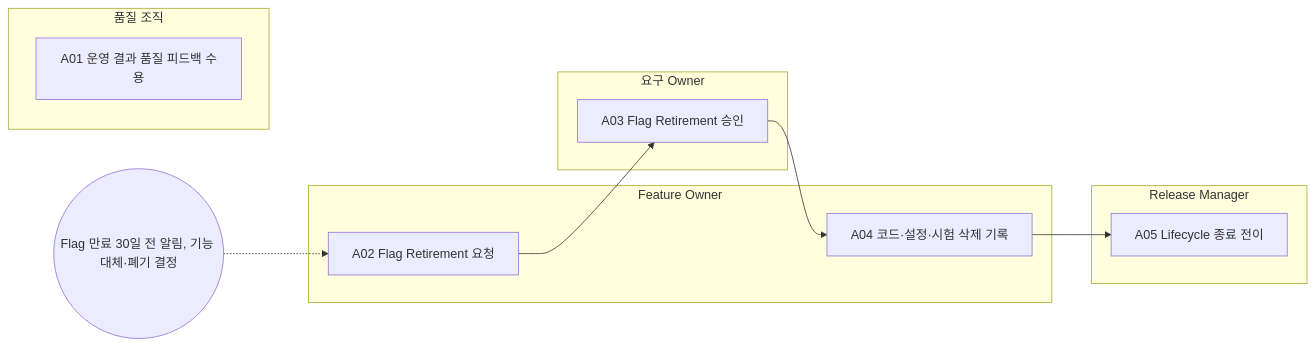
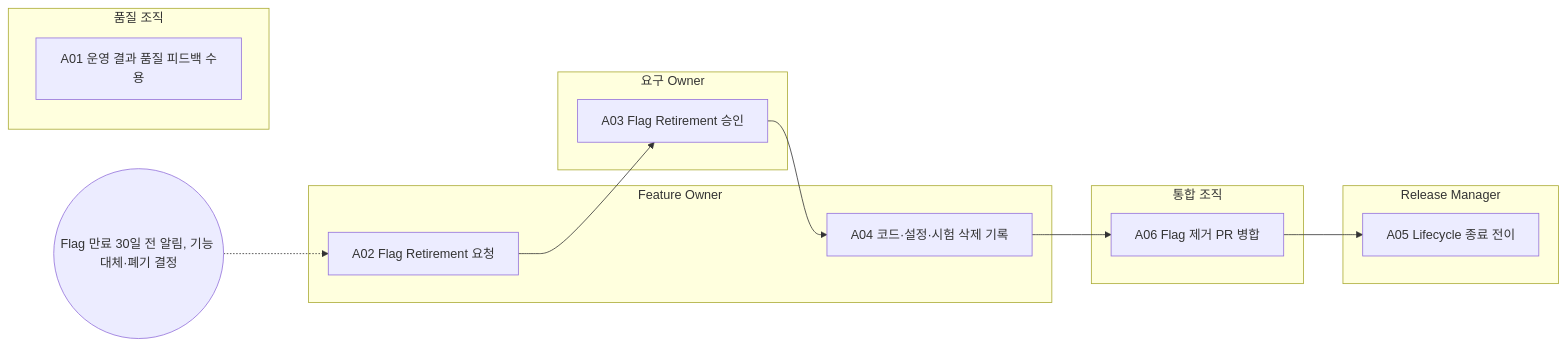
One commit to mutuuslab/feature-topology-platform changed the diagram in docs/65-workflows/out/processes/FPW.9.md. Above: the diagram before and after it, drawn with Mermaid. The commit also changed other lines of this file and 125 other files, not shown here.

````diff
--- a/docs/65-workflows/out/processes/FPW.9.md
+++ b/docs/65-workflows/out/processes/FPW.9.md
@@ -23,20 +23,24 @@
 ```mermaid
 flowchart LR
   subgraph R_QA["품질 조직"]
     FPW_9_A01["A01 운영 결과 품질 피드백 수용"]
   end
   subgraph R_FO["Feature Owner"]
     FPW_9_A02["A02 Flag Retirement 요청"]
     FPW_9_A04["A04 코드·설정·시험 삭제 기록"]
   end
   subgraph R_REQ["요구 Owner"]
     FPW_9_A03["A03 Flag Retirement 승인"]
   end
+  subgraph R_INT["통합 조직"]
+    FPW_9_A06["A06 Flag 제거 PR 병합"]
+  end
   subgraph R_REL["Release Manager"]
     FPW_9_A05["A05 Lifecycle 종료 전이"]
   end
   T_FPW_9_A02(("Flag 만료 30일 전 알림, 기능 대체·폐기 결정")) -.-> FPW_9_A02
   FPW_9_A02 --> FPW_9_A03
   FPW_9_A03 --> FPW_9_A04
-  FPW_9_A04 --> FPW_9_A05
+  FPW_9_A04 --> FPW_9_A06
+  FPW_9_A06 --> FPW_9_A05
 ```
````
